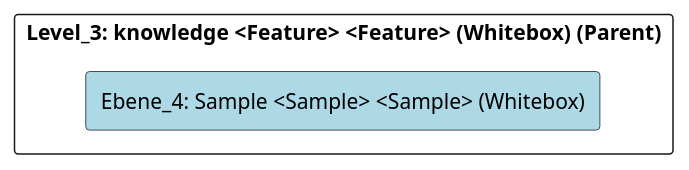
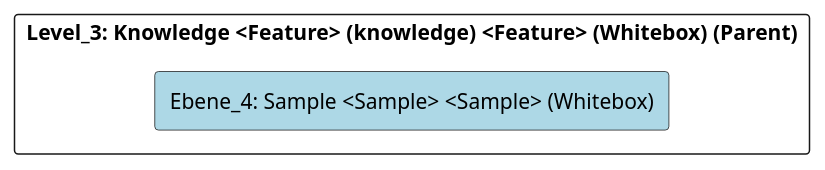
One commit to marcozwyssig/cleon changed the diagram in doc/cleonproject_deliverables_architecture_model_architecture/adoc/de/05_bausteinsicht/cleon/common/knowledge/sample/ebene_4_sample.adoc. Above: the diagram before and after it, drawn with PlantUML. The commit also changed other lines of this file and 166 other files, not shown here.

```diff
--- a/doc/cleonproject_deliverables_architecture_model_architecture/adoc/de/05_bausteinsicht/cleon/common/knowledge/sample/ebene_4_sample.adoc
+++ b/doc/cleonproject_deliverables_architecture_model_architecture/adoc/de/05_bausteinsicht/cleon/common/knowledge/sample/ebene_4_sample.adoc
@@ -20,24 +20,24 @@
 [plantuml, Ebene_4: Sample <Sample> <Sample> (Whitebox)BlockOverview, format="svg"]
 ----
 @startuml Ebene_4: Sample <Sample> <Sample> (Whitebox)BuildingBlockOverview
 
 skinparam ranksep 10
 skinparam componentStyle rectangle
 skinparam shadowing false
 skinparam arrowColor lightblue
 skinparam arrowThickness 1.2
 skinparam rectangle {
   BackgroundColor White
   BorderColor #333
   RoundCorner 10
 }
 top to bottom direction
 
-component "Level_3: knowledge <Feature> <Feature> (Whitebox) (Parent)" {
+component "Level_3: Knowledge <Feature> (knowledge) <Feature> (Whitebox) (Parent)" {
     component "Ebene_4: Sample <Sample> <Sample> (Whitebox)" #lightblue {
     }
 
 }
 
 @enduml
 ----
```
